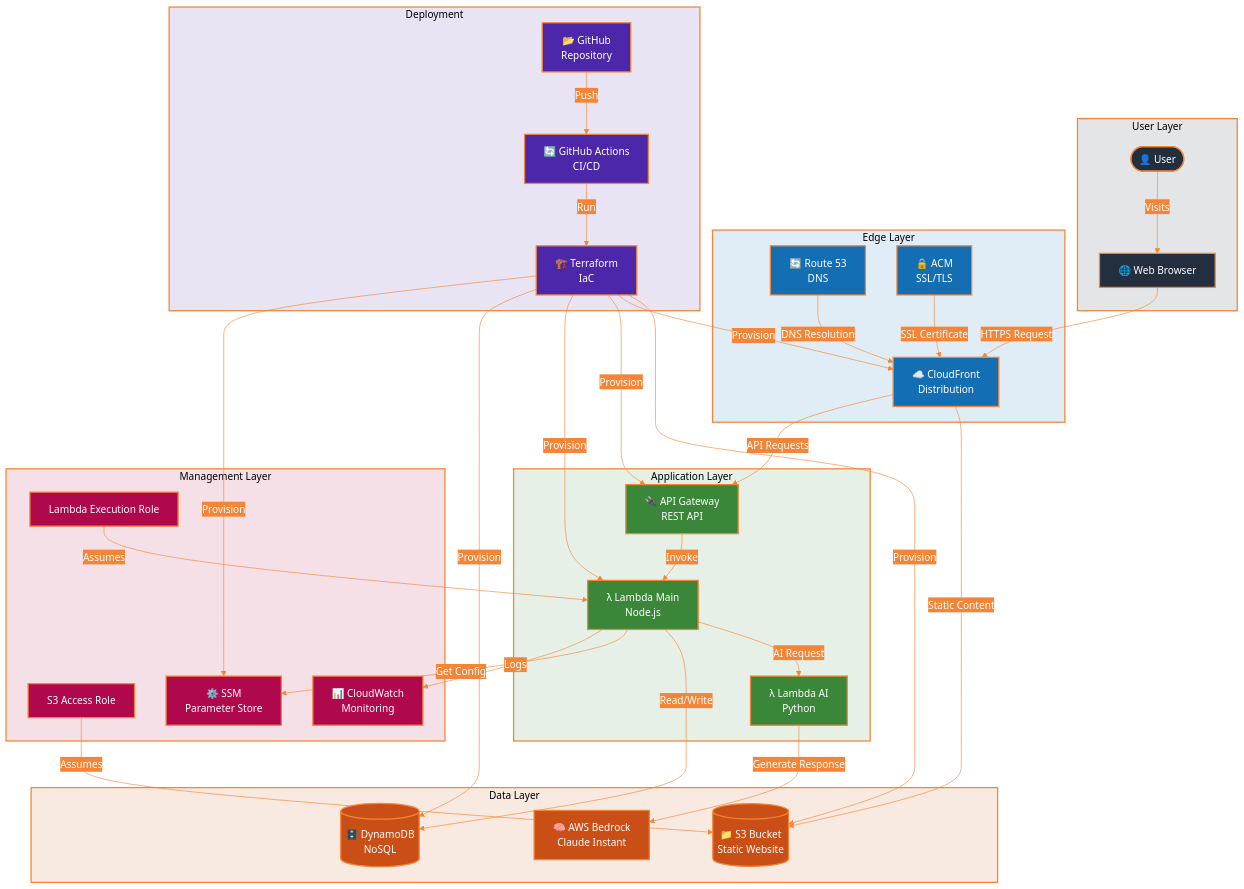
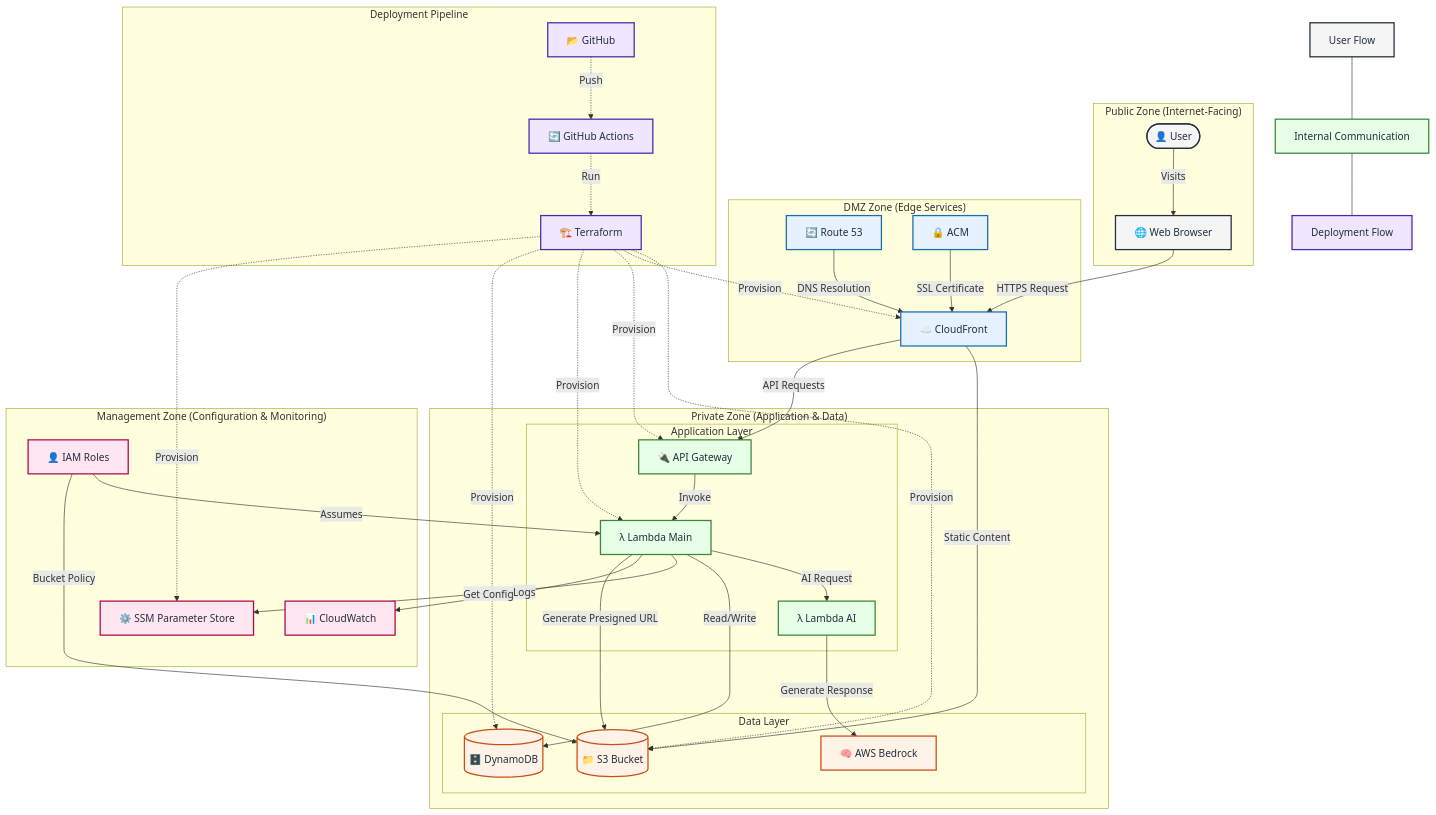
Before and after one commit to JThomas404/cloudforgex: the diagram in docs/architecture.md, drawn with Mermaid. The commit also changed other lines of this file and 1 other file, not shown here.

Commit message:
updated achitechture diagram with icons

````diff
--- a/docs/architecture.md
+++ b/docs/architecture.md
@@ -28,127 +28,86 @@
 ```mermaid
-%%{init: {
-  'theme': 'base',
-  'themeVariables': {
-    'primaryColor': '#232f3e',
-    'primaryTextColor': '#ffffff',
-    'primaryBorderColor': '#232f3e',
-    'lineColor': '#f58536',
-    'secondaryColor': '#f58536',
-    'tertiaryColor': '#ffffff'
-  }
-}}%%
-flowchart TD
-    %% Styling to match CloudForgeX website
-    classDef userLayer fill:#232f3e,stroke:#f58536,color:#ffffff,stroke-width:2px
-    classDef edgeLayer fill:#146eb4,stroke:#f58536,color:#ffffff,stroke-width:2px
-    classDef appLayer fill:#3b873a,stroke:#f58536,color:#ffffff,stroke-width:2px
-    classDef dataLayer fill:#c94f17,stroke:#f58536,color:#ffffff,stroke-width:2px
-    classDef mgmtLayer fill:#b0084d,stroke:#f58536,color:#ffffff,stroke-width:2px
-    classDef deployLayer fill:#4d27aa,stroke:#f58536,color:#ffffff,stroke-width:2px
+graph TD
+    %% Define CloudForgeX brand colors
+    classDef userZone fill:#f5f5f5,stroke:#232f3e,color:#232f3e,stroke-width:2px
+    classDef edgeZone fill:#e6f2ff,stroke:#146eb4,color:#232f3e,stroke-width:2px
+    classDef appZone fill:#e6ffe6,stroke:#3b873a,color:#232f3e,stroke-width:2px
+    classDef dataZone fill:#fff2e6,stroke:#c94f17,color:#232f3e,stroke-width:2px
+    classDef mgmtZone fill:#ffe6f0,stroke:#b0084d,color:#232f3e,stroke-width:2px
+    classDef deployZone fill:#f0e6ff,stroke:#4d27aa,color:#232f3e,stroke-width:2px
     
-    %% IAM Roles
-    LambdaRole["Lambda Execution Role"]:::mgmtLayer
-    S3Role["S3 Access Role"]:::mgmtLayer
-    
-    %% Components with labels
-    User(["👤 User"])
-    Browser["🌐 Web Browser"]
-    
-    CloudFront["☁️ CloudFront<br>Distribution"]
-    Route53["🔄 Route 53<br>DNS"]
-    ACM["🔒 ACM<br>SSL/TLS"]
-    
-    APIGateway["🔌 API Gateway<br>REST API"]
-    LambdaMain["λ Lambda Main<br>Node.js"]
-    LambdaAI["λ Lambda AI<br>Python"]
-    
-    S3[("📁 S3 Bucket<br>Static Website")]
-    DynamoDB[("🗄️ DynamoDB<br>NoSQL")]
-    Bedrock["🧠 AWS Bedrock<br>Claude Instant"]
-    
-    SSM["⚙️ SSM<br>Parameter Store"]
-    CloudWatch["📊 CloudWatch<br>Monitoring"]
-    
-    GitHub["📂 GitHub<br>Repository"]
-    GitHubActions["🔄 GitHub Actions<br>CI/CD"]
-    Terraform["🏗️ Terraform<br>IaC"]
-    
-    %% Apply classes
-    class User,Browser userLayer
-    class CloudFront,Route53,ACM edgeLayer
-    class APIGateway,LambdaMain,LambdaAI appLayer
-    class S3,DynamoDB,Bedrock dataLayer
-    class SSM,CloudWatch,LambdaRole,S3Role mgmtLayer
-    class GitHub,GitHubActions,Terraform deployLayer
-    
-    %% Connections with labels
-    User -->|"Visits"| Browser
-    Browser -->|"HTTPS Request"| CloudFront
-    CloudFront -->|"Static Content"| S3
-    CloudFront -->|"API Requests"| APIGateway
-    Route53 -->|"DNS Resolution"| CloudFront
-    ACM -->|"SSL Certificate"| CloudFront
-    
-    APIGateway -->|"Invoke"| LambdaMain
-    LambdaMain -->|"AI Request"| LambdaAI
-    LambdaMain -->|"Read/Write"| DynamoDB
-    LambdaMain -->|"Get Config"| SSM
-    LambdaAI -->|"Generate Response"| Bedrock
-    LambdaMain -->|"Logs"| CloudWatch
-    LambdaRole -->|"Assumes"| LambdaMain
-    S3Role -->|"Assumes"| S3
-    
-    GitHub -->|"Push"| GitHubActions
-    GitHubActions -->|"Run"| Terraform
-    Terraform -->|"Provision"| S3
-    Terraform -->|"Provision"| CloudFront
-    Terraform -->|"Provision"| APIGateway
-    Terraform -->|"Provision"| LambdaMain
-    Terraform -->|"Provision"| DynamoDB
-    Terraform -->|"Provision"| SSM
-    
-    %% Subgraphs with styled borders
-    subgraph User_Layer["User Layer"]
-        User
-        Browser
+    %% Security boundaries
+    subgraph Public["Public Zone (Internet-Facing)"]
+        User(["👤 User"]):::userZone
+        Browser["🌐 Web Browser"]:::userZone
     end
     
-    subgraph Edge_Layer["Edge Layer"]
-        CloudFront
-        Route53
-        ACM
+    subgraph DMZ["DMZ Zone (Edge Services)"]
+        CloudFront["☁️ CloudFront"]:::edgeZone
+        Route53["🔄 Route 53"]:::edgeZone
+        ACM["🔒 ACM"]:::edgeZone
     end
     
-    subgraph App_Layer["Application Layer"]
-        APIGateway
-        LambdaMain
-        LambdaAI
+    subgraph Private["Private Zone (Application & Data)"]
+        subgraph AppLayer["Application Layer"]
+            APIGateway["🔌 API Gateway"]:::appZone
+            LambdaMain["λ Lambda Main"]:::appZone
+            LambdaAI["λ Lambda AI"]:::appZone
+        end
+        
+        subgraph DataLayer["Data Layer"]
+            S3[("📁 S3 Bucket")]:::dataZone
+            DynamoDB[("🗄️ DynamoDB")]:::dataZone
+            Bedrock["🧠 AWS Bedrock"]:::dataZone
+        end
     end
     
-    subgraph Data_Layer["Data Layer"]
-        S3
-        DynamoDB
-        Bedrock
+    subgraph Management["Management Zone (Configuration & Monitoring)"]
+        SSM["⚙️ SSM Parameter Store"]:::mgmtZone
+        CloudWatch["📊 CloudWatch"]:::mgmtZone
+        IAMRoles["👤 IAM Roles"]:::mgmtZone
     end
     
-    subgraph Mgmt_Layer["Management Layer"]
-        SSM
-        CloudWatch
-        LambdaRole
-        S3Role
+    subgraph Deployment["Deployment Pipeline"]
+        GitHub["📂 GitHub"]:::deployZone
+        GitHubActions["🔄 GitHub Actions"]:::deployZone
+        Terraform["🏗️ Terraform"]:::deployZone
     end
     
-    subgraph Deploy_Layer["Deployment"]
-        GitHub
-        GitHubActions
-        Terraform
-    end
+    %% User flow connections (solid lines)
+    User -->|"Visits"|Browser
+    Browser -->|"HTTPS Request"|CloudFront
+    CloudFront -->|"Static Content"|S3
+    CloudFront -->|"API Requests"|APIGateway
+    Route53 -->|"DNS Resolution"|CloudFront
+    ACM -->|"SSL Certificate"|CloudFront
     
-    %% Style the subgraphs
-    style User_Layer fill:#232f3e20,stroke:#f58536,stroke-width:2px
-    style Edge_Layer fill:#146eb420,stroke:#f58536,stroke-width:2px
-    style App_Layer fill:#3b873a20,stroke:#f58536,stroke-width:2px
-    style Data_Layer fill:#c94f1720,stroke:#f58536,stroke-width:2px
-    style Mgmt_Layer fill:#b0084d20,stroke:#f58536,stroke-width:2px
-    style Deploy_Layer fill:#4d27aa20,stroke:#f58536,stroke-width:2px
+    %% Application flow connections
+    APIGateway -->|"Invoke"|LambdaMain
+    LambdaMain -->|"AI Request"|LambdaAI
+    LambdaMain -->|"Read/Write"|DynamoDB
+    LambdaMain -->|"Get Config"|SSM
+    LambdaAI -->|"Generate Response"|Bedrock
+    LambdaMain -->|"Logs"|CloudWatch
+    IAMRoles -->|"Assumes"|LambdaMain
+    IAMRoles -->|"Bucket Policy"|S3
+    
+    %% Deployment flow connections (dashed lines)
+    GitHub -.->|"Push"|GitHubActions
+    GitHubActions -.->|"Run"|Terraform
+    Terraform -.->|"Provision"|S3
+    Terraform -.->|"Provision"|CloudFront
+    Terraform -.->|"Provision"|APIGateway
+    Terraform -.->|"Provision"|LambdaMain
+    Terraform -.->|"Provision"|DynamoDB
+    Terraform -.->|"Provision"|SSM
+    
+    %% Certificate flow (dotted lines)
+    LambdaMain -->|"Generate Presigned URL"|S3
+    
+    %% Legend
+    UserFlow["User Flow"]:::userZone
+    InternalFlow["Internal Communication"]:::appZone
+    DeployFlow["Deployment Flow"]:::deployZone
+    UserFlow --- InternalFlow
+    InternalFlow --- DeployFlow
 ```
````
